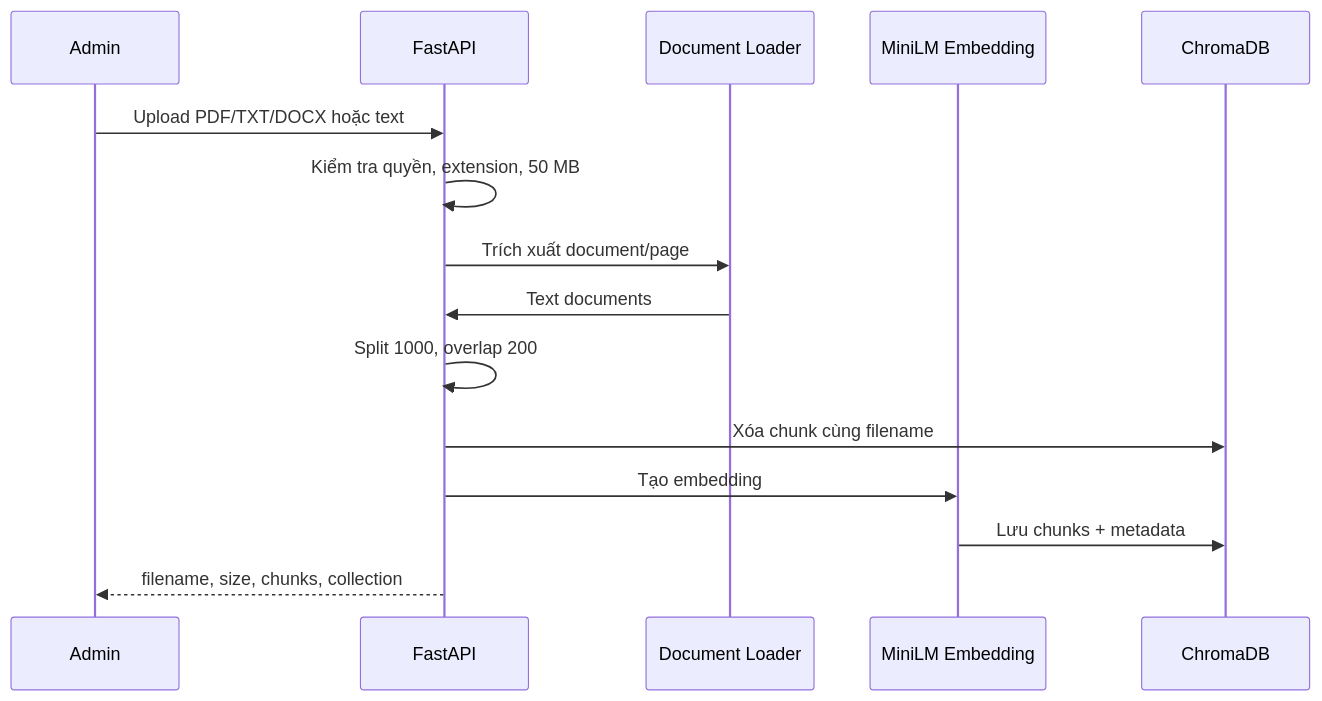
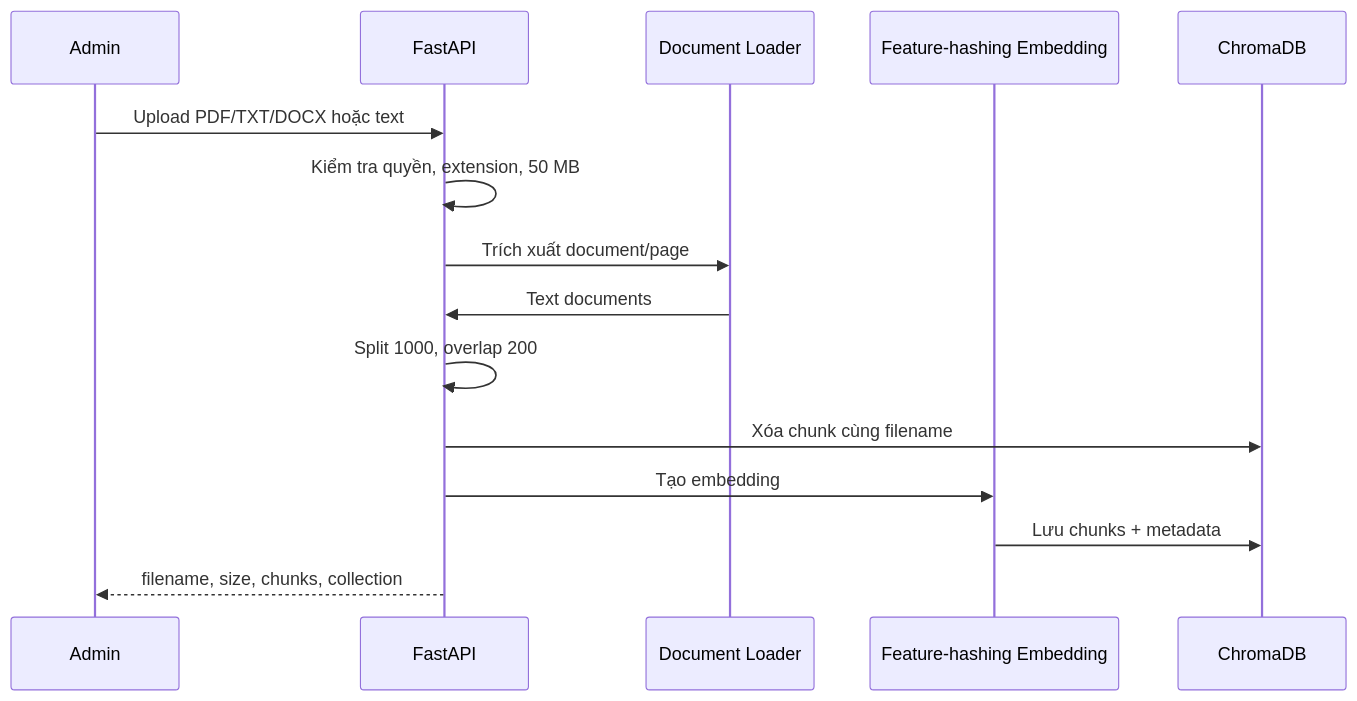
The second of 2 diagrams in reengineered_docs/10_Software_Architecture.md (uncletanh/CNPM-Group-1), drawn with Mermaid before and after one commit. The commit also changed other lines of this file and 9 other files, not shown here.

````diff
--- a/reengineered_docs/10_Software_Architecture.md
+++ b/reengineered_docs/10_Software_Architecture.md
@@ -100,17 +100,17 @@
 ```mermaid
 sequenceDiagram
     participant A as Admin
     participant API as FastAPI
     participant L as Document Loader
-    participant E as MiniLM Embedding
+    participant E as Feature-hashing Embedding
     participant C as ChromaDB
     A->>API: Upload PDF/TXT/DOCX hoặc text
     API->>API: Kiểm tra quyền, extension, 50 MB
     API->>L: Trích xuất document/page
     L->>API: Text documents
     API->>API: Split 1000, overlap 200
     API->>C: Xóa chunk cùng filename
     API->>E: Tạo embedding
     E->>C: Lưu chunks + metadata
     API-->>A: filename, size, chunks, collection
 ```
````
